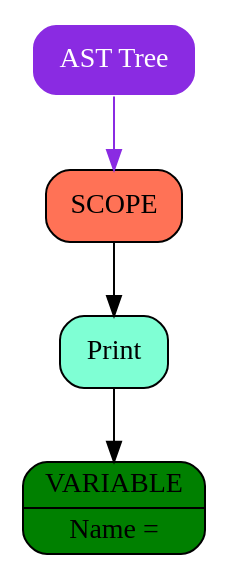
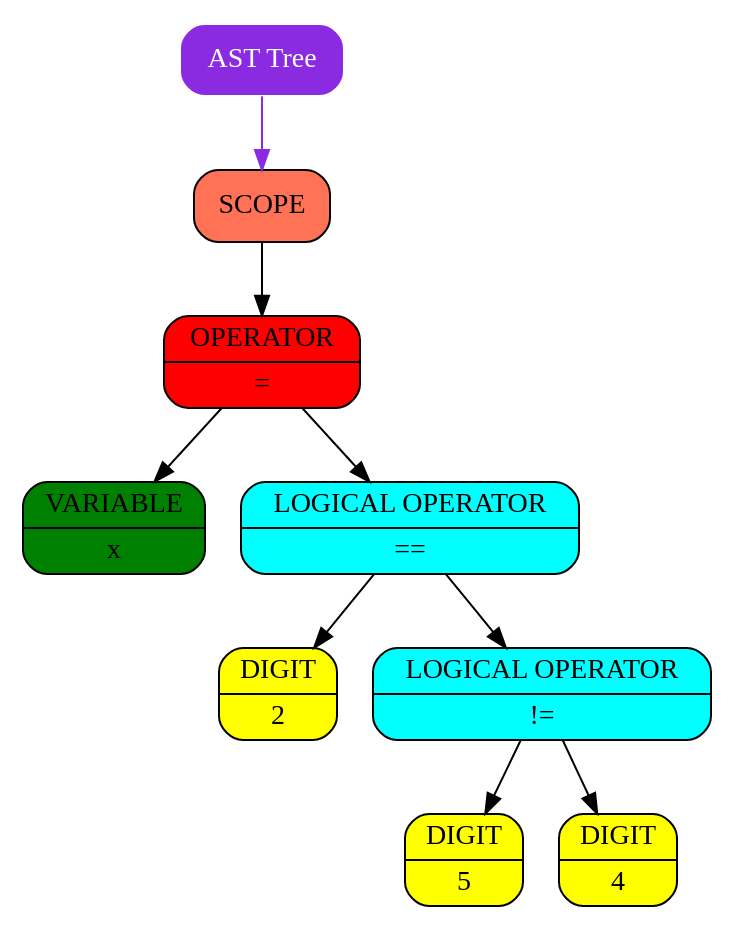
Before and after one commit to Pelmeshka127/ParaCL: the diagram in graphics/graph.dot, drawn with Graphviz. The commit also changed 4 other files, not shown here.

```diff
--- a/graphics/graph.dot
+++ b/graphics/graph.dot
@@ -1,11 +1,21 @@
 digraph Tree
 {
    rankdir = HR;
    tree[shape = Mrecord, style = filled, color = "white", style = filled, fontcolor = "white", fillcolor = "blueviolet", label = "AST Tree"];
-   "0x152606cc0"[shape = Mrecord, color = "black", style = filled, fontcolor = "black", fillcolor = "coral1"   label = " {SCOPE}"];
-  "0x152606cc0" -> "0x152606ca0" [color = "black"];
-   "0x152606ca0"[shape = Mrecord, color = "black", style = filled, fontcolor = "black", fillcolor = "aquamarine"   label = " {Print}"];
-  "0x152606ca0" -> "0x152606c70" [color = "black"];
-   "0x152606c70"[shape = Mrecord, color = "black", style = filled, fontcolor = "black", fillcolor = "green",   label = " {VARIABLE | Name = }"];
-   tree -> "0x152606cc0" [color = "blueviolet"];
+   "0x14b704170"[shape = Mrecord, color = "black", style = filled, fontcolor = "black", fillcolor = "coral1"   label = " {SCOPE}"];
+  "0x14b704170" -> "0x14b704140" [color = "black"];
+   "0x14b704140"[shape = Mrecord, color = "black", style = filled, fontcolor = "black", fillcolor = "red"   label = " {OPERATOR | =}"];
+  "0x14b704140" -> "0x14b704080" [color = "black"];
+  "0x14b704140" -> "0x14b704110" [color = "black"];
+   "0x14b704080"[shape = Mrecord, color = "black", style = filled, fontcolor = "black", fillcolor = "green",   label = " {VARIABLE | x}"];
+   "0x14b704110"[shape = Mrecord, color = "black", style = filled, fontcolor = "black", fillcolor = "aqua"   label = " {LOGICAL OPERATOR | ==}"];
+  "0x14b704110" -> "0x14b7040b0" [color = "black"];
+  "0x14b704110" -> "0x14b7040e0" [color = "black"];
+   "0x14b7040b0"[shape = Mrecord, color = "black", style = filled, fontcolor = "black", fillcolor = "yellow",   label = " {DIGIT | 2}"];
+   "0x14b7040e0"[shape = Mrecord, color = "black", style = filled, fontcolor = "black", fillcolor = "aqua"   label = " {LOGICAL OPERATOR | !=}"];
+  "0x14b7040e0" -> "0x14b7040c0" [color = "black"];
+  "0x14b7040e0" -> "0x14b7040d0" [color = "black"];
+   "0x14b7040c0"[shape = Mrecord, color = "black", style = filled, fontcolor = "black", fillcolor = "yellow",   label = " {DIGIT | 5}"];
+   "0x14b7040d0"[shape = Mrecord, color = "black", style = filled, fontcolor = "black", fillcolor = "yellow",   label = " {DIGIT | 4}"];
+   tree -> "0x14b704170" [color = "blueviolet"];
 }
```
